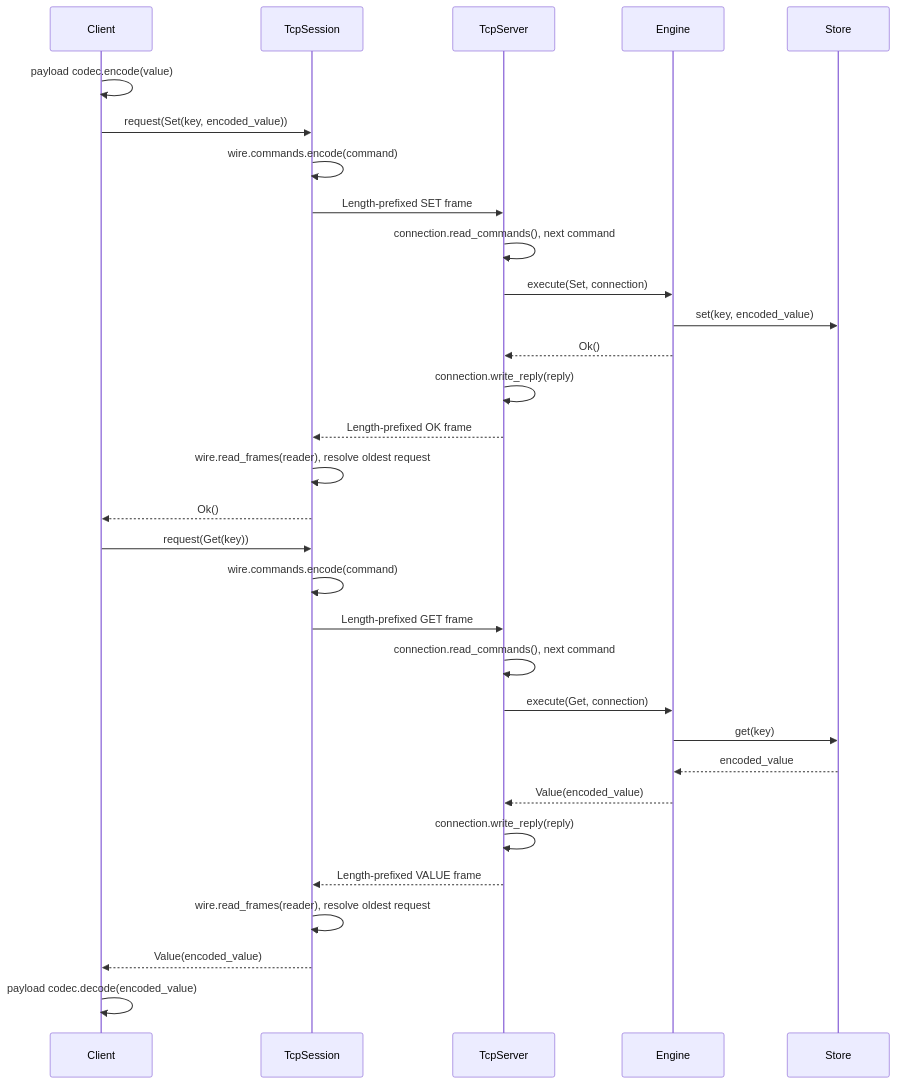
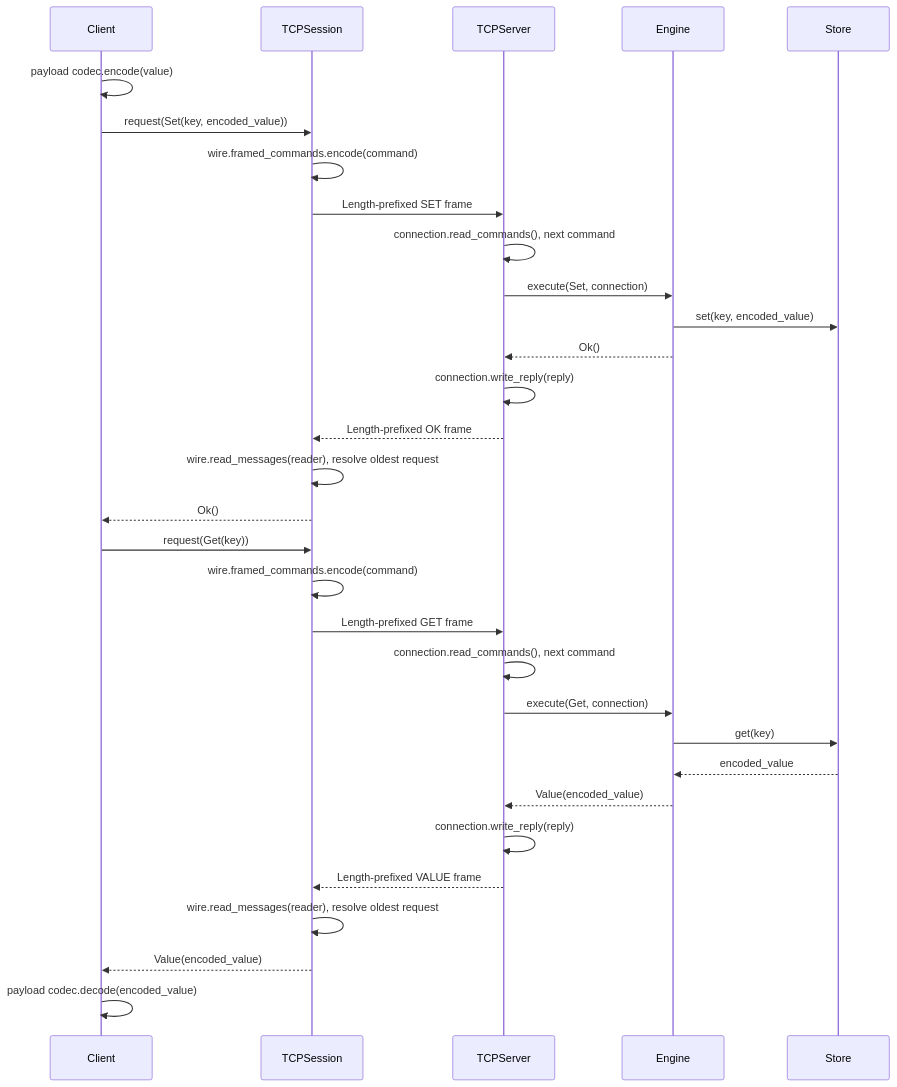
One commit to gchape/velis changed the second of 6 diagrams in README.md. Above: the diagram before and after it, drawn with Mermaid. The commit also changed other lines of this file, not shown here.

Commit message:
docs: update architecture, naming and API migration guidance

````diff
--- a/README.md
+++ b/README.md
@@ -180,35 +180,35 @@
 ```mermaid
 sequenceDiagram
     participant C as Client
-    participant T as TcpSession
-    participant S as TcpServer
+    participant T as TCPSession
+    participant S as TCPServer
     participant E as Engine
     participant K as Store
 
     C->>C: payload codec.encode(value)
     C->>T: request(Set(key, encoded_value))
-    T->>T: wire.commands.encode(command)
+    T->>T: wire.framed_commands.encode(command)
     T->>S: Length-prefixed SET frame
     S->>S: connection.read_commands(), next command
     S->>E: execute(Set, connection)
     E->>K: set(key, encoded_value)
     E-->>S: Ok()
     S->>S: connection.write_reply(reply)
     S-->>T: Length-prefixed OK frame
-    T->>T: wire.read_frames(reader), resolve oldest request
+    T->>T: wire.read_messages(reader), resolve oldest request
     T-->>C: Ok()
 
     C->>T: request(Get(key))
-    T->>T: wire.commands.encode(command)
+    T->>T: wire.framed_commands.encode(command)
     T->>S: Length-prefixed GET frame
     S->>S: connection.read_commands(), next command
     S->>E: execute(Get, connection)
     E->>K: get(key)
     K-->>E: encoded_value
     E-->>S: Value(encoded_value)
     S->>S: connection.write_reply(reply)
     S-->>T: Length-prefixed VALUE frame
-    T->>T: wire.read_frames(reader), resolve oldest request
+    T->>T: wire.read_messages(reader), resolve oldest request
     T-->>C: Value(encoded_value)
     C->>C: payload codec.decode(encoded_value)
 ```
````
